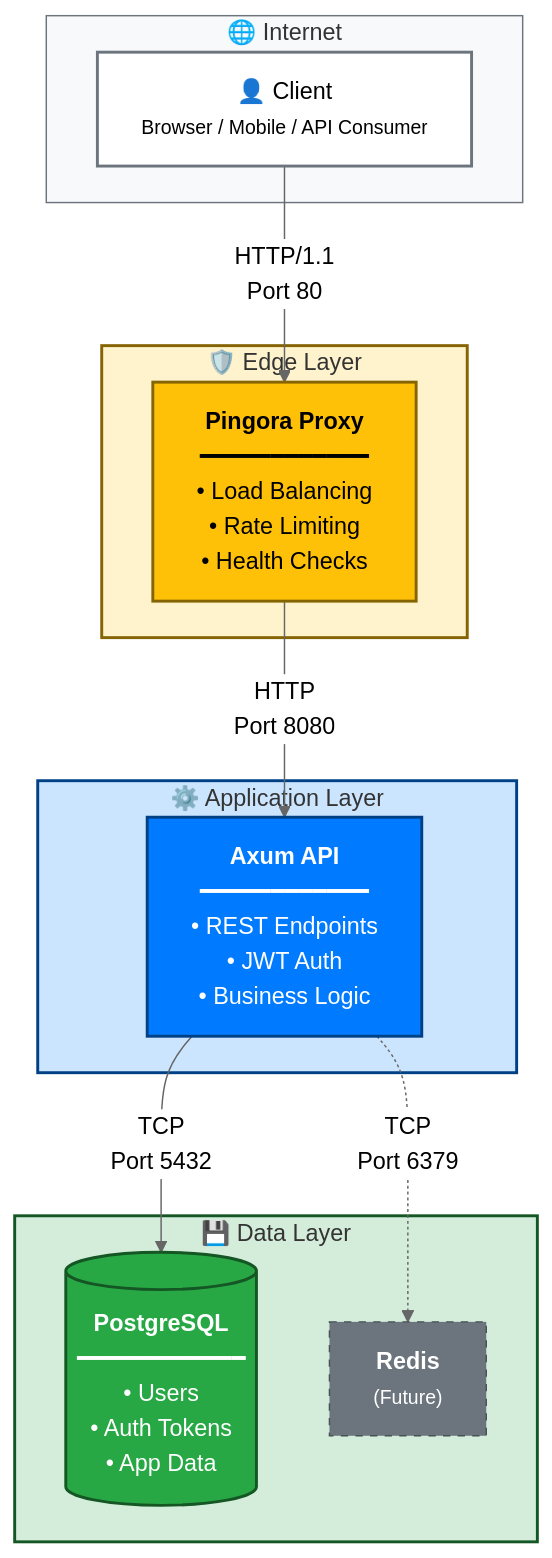
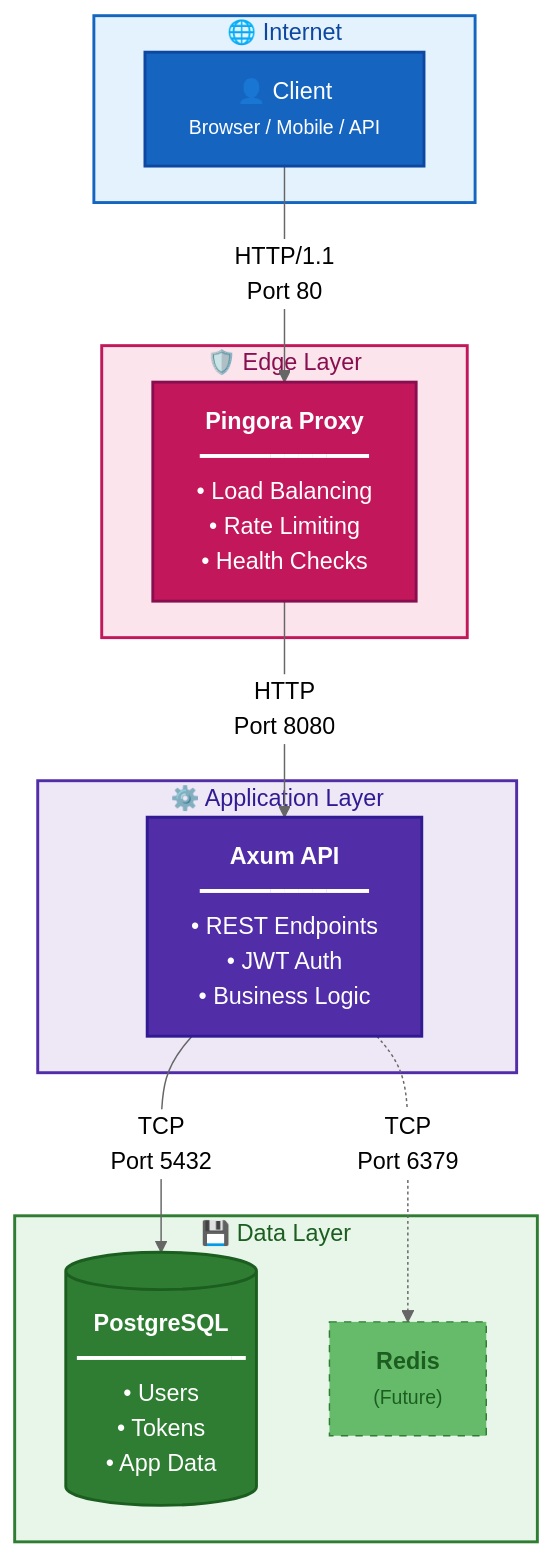
The diagram in README.md (arrkpong/axum-api), drawn with Mermaid (neutral theme) before and after one commit.

Commit message:
Update architecture diagram for clarity and accessibility
Improved the Mermaid architecture diagram in the README by refining labels, updating database terminology, and applying a high-contrast, WCAG AA-compliant color palette for better accessibility and readability.

````diff
--- a/README.md
+++ b/README.md
@@ -38,36 +38,38 @@
 ```mermaid
 flowchart TB
     subgraph Internet["🌐 Internet"]
-        Client["👤 Client<br/><small>Browser / Mobile / API Consumer</small>"]
+        Client["👤 Client<br/><small>Browser / Mobile / API</small>"]
     end
 
     subgraph Edge["🛡️ Edge Layer"]
         Proxy["<b>Pingora Proxy</b><br/>━━━━━━━━━━━━<br/>• Load Balancing<br/>• Rate Limiting<br/>• Health Checks"]
     end
 
     subgraph Application["⚙️ Application Layer"]
         API["<b>Axum API</b><br/>━━━━━━━━━━━━<br/>• REST Endpoints<br/>• JWT Auth<br/>• Business Logic"]
     end
 
     subgraph Data["💾 Data Layer"]
-        DB[("<b>PostgreSQL</b><br/>━━━━━━━━━━━━<br/>• Users<br/>• Auth Tokens<br/>• App Data")]
+        DB[("<b>PostgreSQL</b><br/>━━━━━━━━━━━━<br/>• Users<br/>• Tokens<br/>• App Data")]
         Cache["<b>Redis</b><br/><small>(Future)</small>"]
     end
 
     Client -->|"HTTP/1.1<br/>Port 80"| Proxy
     Proxy -->|"HTTP<br/>Port 8080"| API
     API -->|"TCP<br/>Port 5432"| DB
     API -.->|"TCP<br/>Port 6379"| Cache
 
-    %% Professional Color Palette (Bootstrap-inspired)
-    style Internet fill:#f8f9fa,stroke:#6c757d,stroke-width:1px
-    style Edge fill:#fff3cd,stroke:#856404,stroke-width:2px
-    style Application fill:#cce5ff,stroke:#004085,stroke-width:2px
-    style Data fill:#d4edda,stroke:#155724,stroke-width:2px
+    %% High Contrast Styling (WCAG AA Compliant)
+    %% Layer backgrounds - light with dark borders
+    style Internet fill:#E3F2FD,stroke:#1565C0,stroke-width:2px,color:#0D47A1
+    style Edge fill:#FCE4EC,stroke:#C2185B,stroke-width:2px,color:#880E4F
+    style Application fill:#EDE7F6,stroke:#512DA8,stroke-width:2px,color:#311B92
+    style Data fill:#E8F5E9,stroke:#2E7D32,stroke-width:2px,color:#1B5E20
 
-    style Client fill:#ffffff,stroke:#6c757d,stroke-width:2px
-    style Proxy fill:#ffc107,stroke:#856404,stroke-width:2px
-    style API fill:#007bff,stroke:#004085,stroke-width:2px,color:#fff
-    style DB fill:#28a745,stroke:#155724,stroke-width:2px,color:#fff
-    style Cache fill:#6c757d,stroke:#495057,stroke-width:1px,stroke-dasharray:5 5,color:#fff
+    %% Node styling - Dark backgrounds with white text for maximum contrast
+    style Client fill:#1565C0,stroke:#0D47A1,stroke-width:2px,color:#FFFFFF
+    style Proxy fill:#C2185B,stroke:#880E4F,stroke-width:2px,color:#FFFFFF
+    style API fill:#512DA8,stroke:#311B92,stroke-width:2px,color:#FFFFFF
+    style DB fill:#2E7D32,stroke:#1B5E20,stroke-width:2px,color:#FFFFFF
+    style Cache fill:#66BB6A,stroke:#2E7D32,stroke-width:1px,stroke-dasharray:5 5,color:#1B5E20
 ```
````
